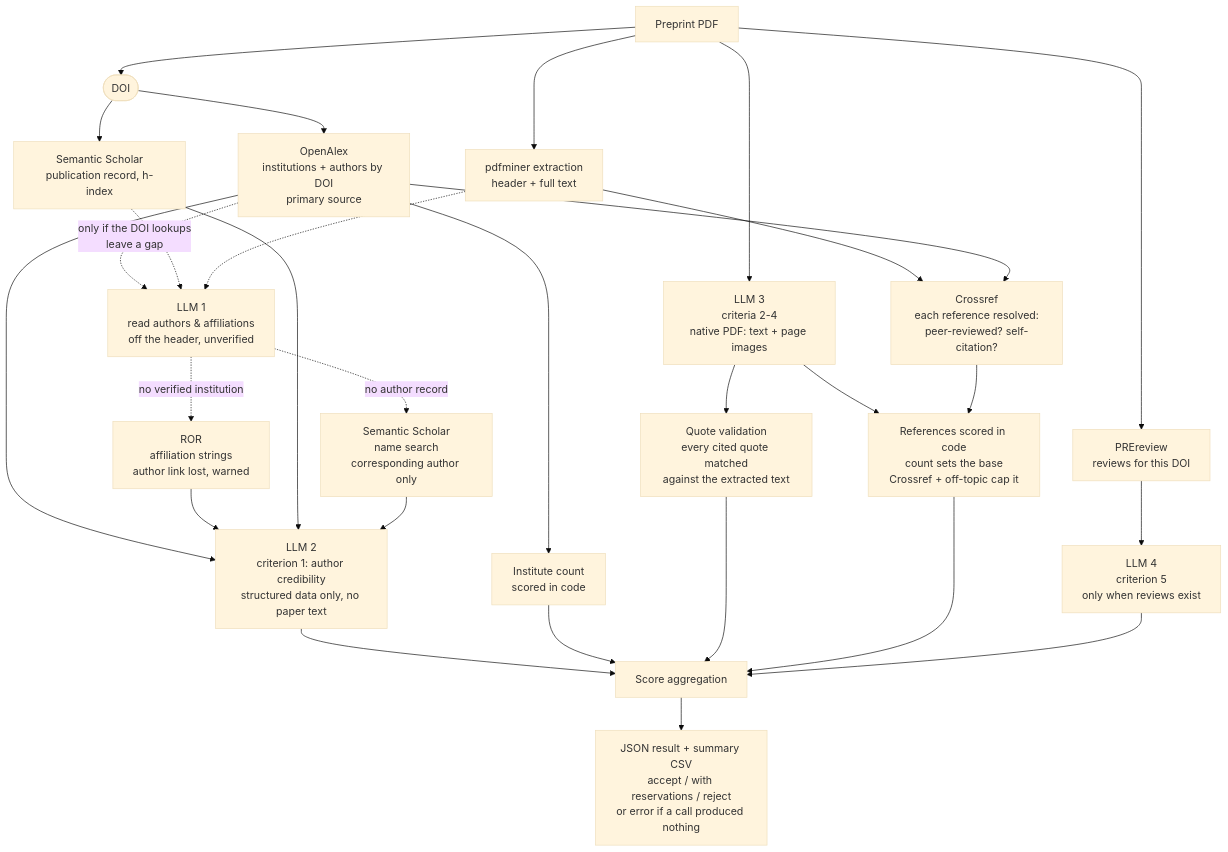
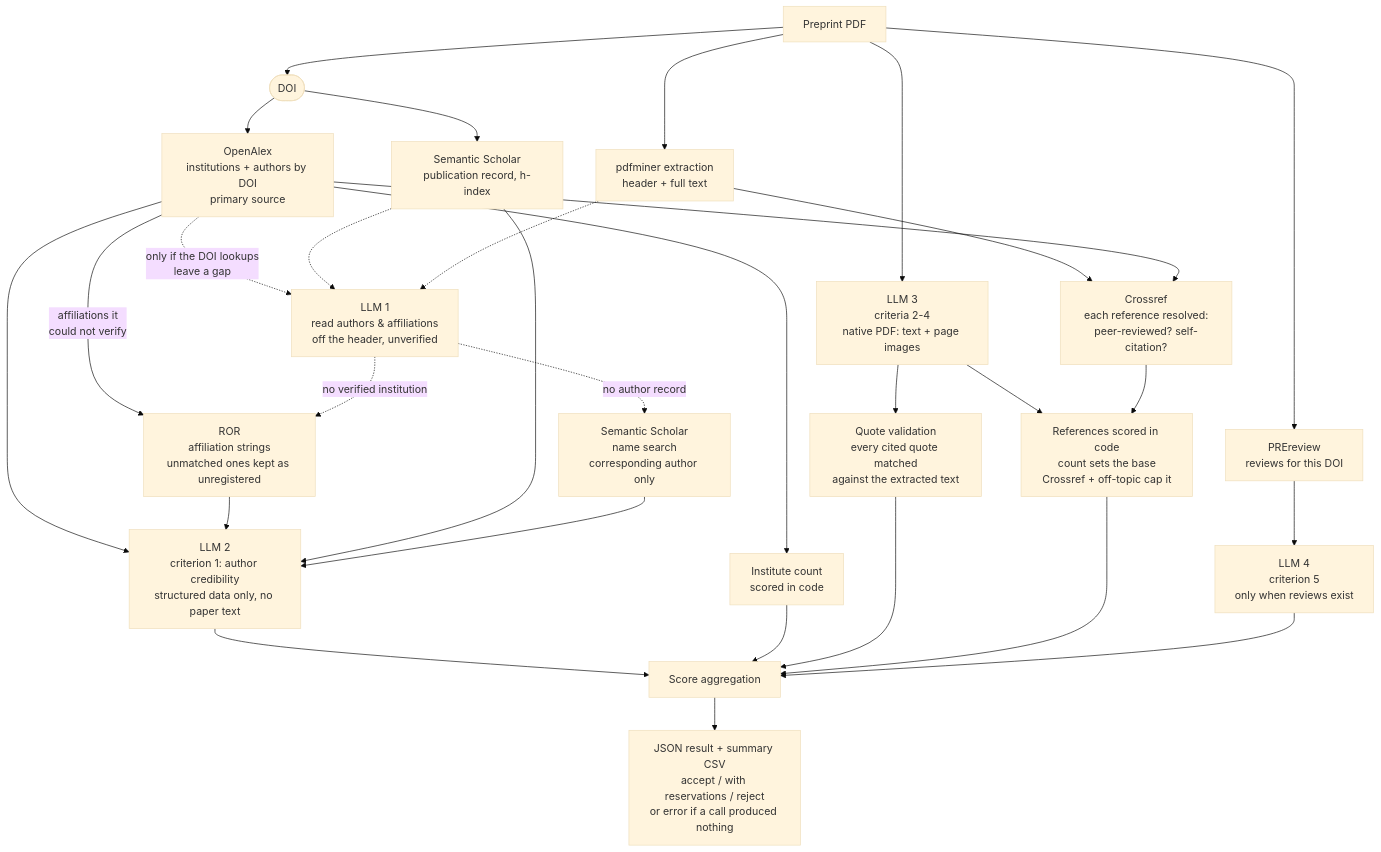
Before and after one commit to JuanFinello/preprints-classification-system: the diagram in README.md, drawn with Mermaid (base theme).

Commit message:
docs: el diagrama muestra que ROR también recibe las afiliaciones que OpenAlex no verifica

````diff
--- a/README.md
+++ b/README.md
@@ -40,37 +40,38 @@
 ```mermaid
 flowchart TD
     A[Preprint PDF] --> B[pdfminer extraction<br/>header + full text]
     A --> DOI([DOI])
 
     DOI --> D2[OpenAlex<br/>institutions + authors by DOI<br/>primary source]
     DOI --> D3[Semantic Scholar<br/>publication record, h-index]
 
     D2 -. only if the DOI lookups<br/>leave a gap .-> C[LLM 1<br/>read authors & affiliations<br/>off the header, unverified]
     D3 -.-> C
     B -.-> C
-    C -. no verified institution .-> D1[ROR<br/>affiliation strings<br/>author link lost, warned]
+    D2 -- affiliations it<br/>could not verify --> D1[ROR<br/>affiliation strings<br/>unmatched ones kept as unregistered]
+    C -. no verified institution .-> D1
     C -. no author record .-> D4[Semantic Scholar<br/>name search<br/>corresponding author only]
 
     D2 --> F[LLM 2<br/>criterion 1: author credibility<br/>structured data only, no paper text]
     D1 --> F
     D3 --> F
     D4 --> F
     D2 --> N[Institute count<br/>scored in code]
 
     A --> E[LLM 3<br/>criteria 2-4<br/>native PDF: text + page images]
     E --> I[Quote validation<br/>every cited quote matched<br/>against the extracted text]
     B --> V[Crossref<br/>each reference resolved:<br/>peer-reviewed? self-citation?]
     D2 --> V
     E --> J[References scored in code<br/>count sets the base<br/>Crossref + off-topic cap it]
     V --> J
 
     A --> H[PREreview<br/>reviews for this DOI]
     H --> G[LLM 4<br/>criterion 5<br/>only when reviews exist]
 
     F --> K[Score aggregation]
     N --> K
     I --> K
     J --> K
     G --> K
     K --> L[JSON result + summary CSV<br/>accept / with reservations / reject<br/>or error if a call produced nothing]
 ```
````
